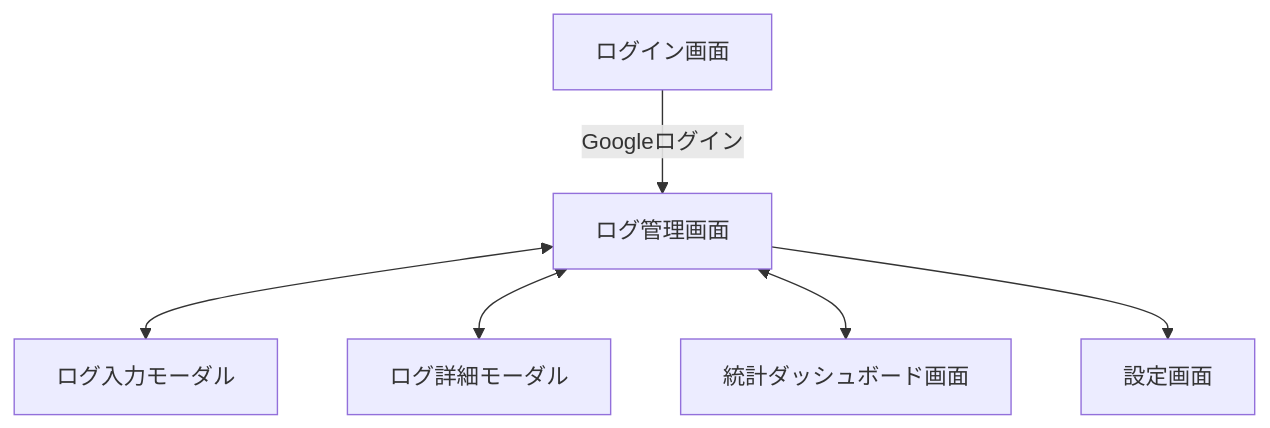
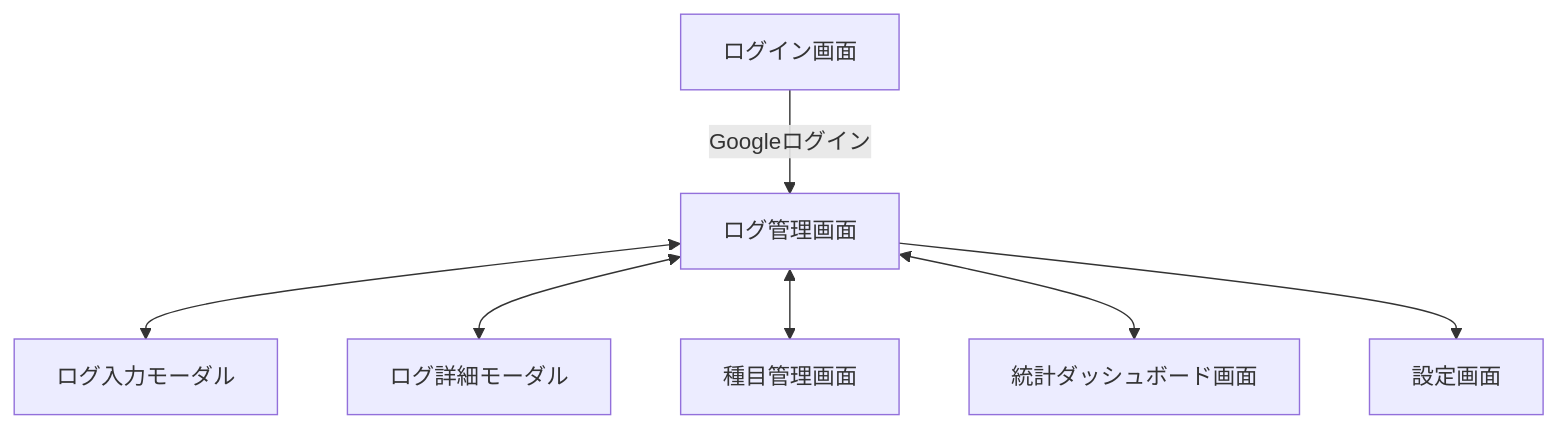
One commit to t-miura-024/lifro changed the diagram in docs/design/画面遷移図.md. Above: the diagram before and after it, drawn with Mermaid. The commit also changed 17 other files, not shown here.

````diff
--- a/docs/design/画面遷移図.md
+++ b/docs/design/画面遷移図.md
@@ -2,15 +2,17 @@
 ```mermaid
 graph TD;
     LoginScreen[ログイン画面]
     LogManagementScreen[ログ管理画面]
     LogInputModal[ログ入力モーダル]
     LogDetailModal[ログ詳細モーダル]
+    ExerciseManagementScreen[種目管理画面]
     StatisticsDashboardScreen[統計ダッシュボード画面]
     SettingsScreen[設定画面]
 
     LoginScreen -->|Googleログイン| LogManagementScreen
     LogManagementScreen <--> LogInputModal
     LogManagementScreen <--> LogDetailModal
+    LogManagementScreen <--> ExerciseManagementScreen
     LogManagementScreen <--> StatisticsDashboardScreen
     LogManagementScreen --> SettingsScreen
 ```
````
